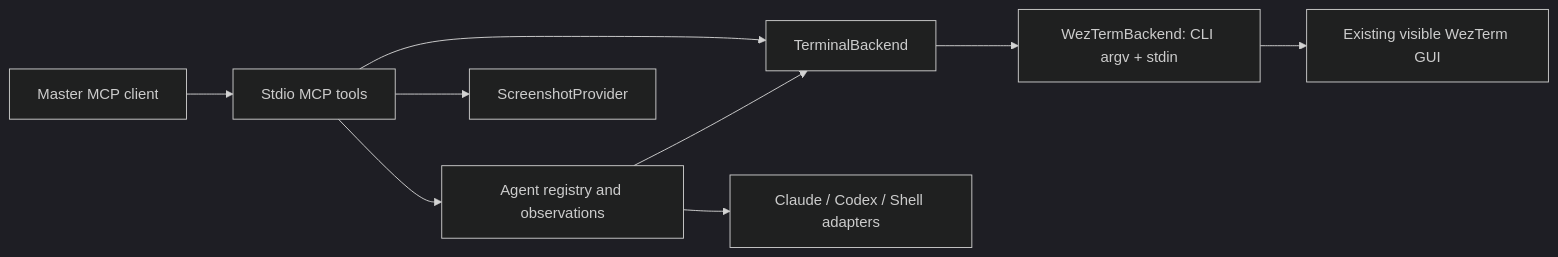
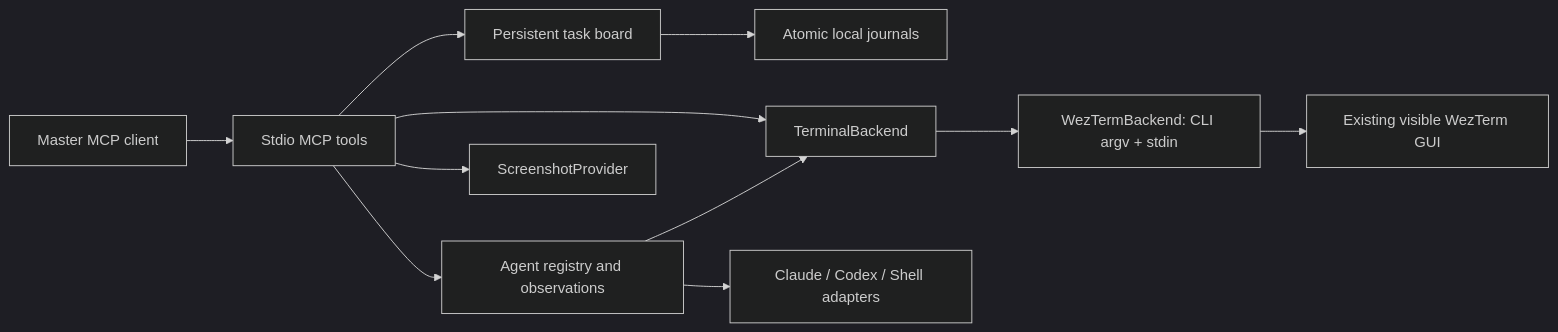
The diagram in docs/architecture.md (ZakYeo/TermDad), drawn with Mermaid (dark theme) before and after one commit. The commit also changed other lines of this file and 15 other files, not shown here.

Commit message:
Persist task boards and connect worker assignments to MCP views

````diff
--- a/docs/architecture.md
+++ b/docs/architecture.md
@@ -5,11 +5,13 @@
 ```mermaid
 flowchart LR
     Master[Master MCP client] --> MCP[Stdio MCP tools]
     MCP --> Agents[Agent registry and observations]
+    MCP --> Tasks[Persistent task board]
+    Tasks --> Journal[Atomic local journals]
     MCP --> Backend[TerminalBackend]
     Agents --> Adapters[Claude / Codex / Shell adapters]
     Agents --> Backend
     Backend --> Wez[WezTermBackend: CLI argv + stdin]
     Wez --> GUI[Existing visible WezTerm GUI]
     MCP --> Screens[ScreenshotProvider]
 ```
````
